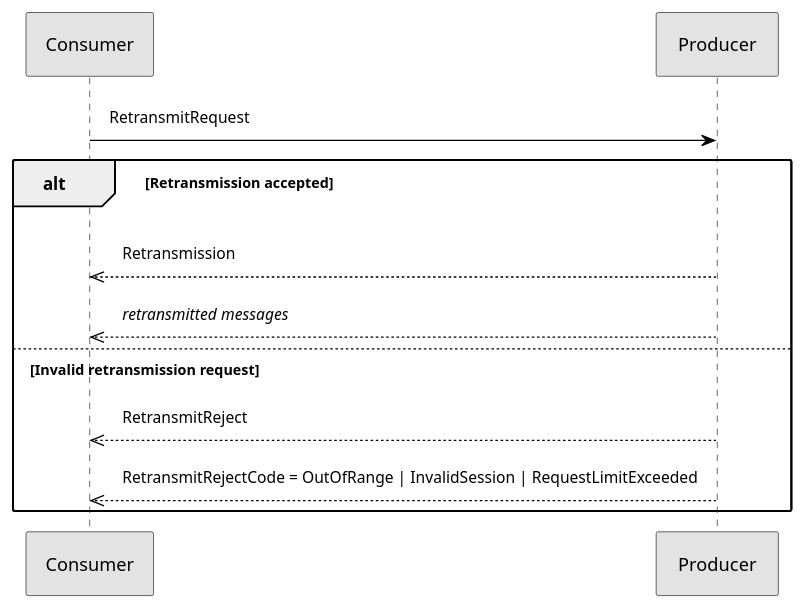
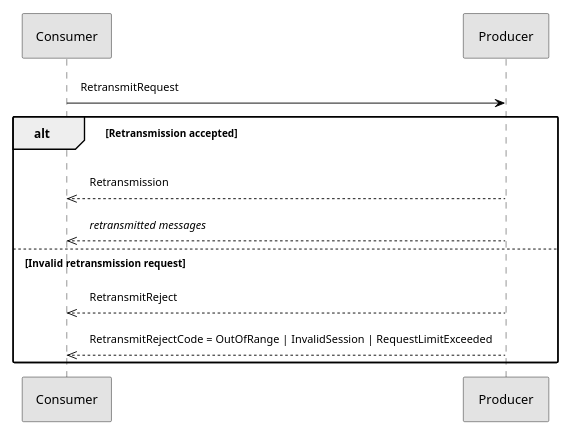
The sixth of 9 diagrams in v1-1/doc/04PointToPointSessionProtocol.md (FIXTradingCommunity/fixp-specification), drawn with PlantUML before and after one commit. The commit also changed other lines of this file, not shown here.

````diff
--- a/v1-1/doc/04PointToPointSessionProtocol.md
+++ b/v1-1/doc/04PointToPointSessionProtocol.md
@@ -456,27 +461,28 @@
 ```plantuml
 @startuml
+scale 0.7
 skinparam {
   minClassWidth 80
   monochrome true
   RoundCorner 3
   Shadowing false
   ArrowColor Black
   ArrowFontSize 12
   Padding 8
   WrapWidth 500
   note {
     BackgroundColor OldLace
     BorderColor BurlyWood
     FontSize 12
   }
 }
 Consumer -> Producer : RetransmitRequest
 alt Retransmission accepted
 Consumer <<-- Producer : Retransmission
 Consumer <<-- Producer : //retransmitted messages//
 else Invalid retransmission request
 Consumer <<-- Producer : RetransmitReject
 Consumer <<-- Producer : RetransmitRejectCode = OutOfRange | InvalidSession | RequestLimitExceeded
 end
 @enduml
 ```
````
